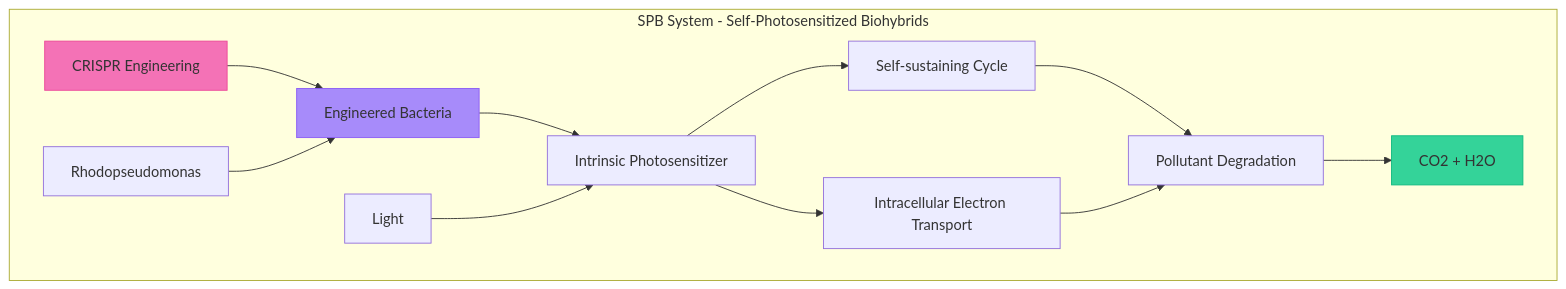
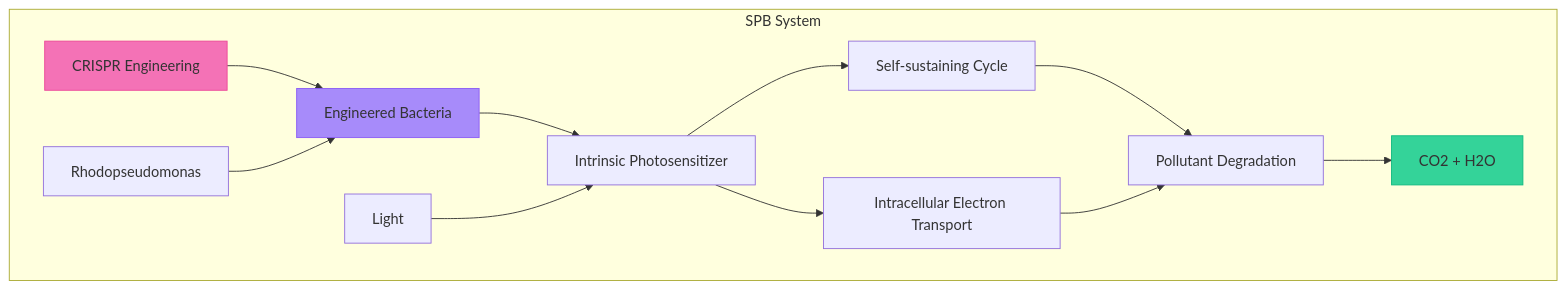
One commit to anshsharmacse/JanrakshakAI changed the ninth of 14 diagrams in README.md. Above: the diagram before and after it, drawn with Mermaid. The commit also changed other lines of this file, not shown here.

````diff
--- a/README.md
+++ b/README.md
@@ -403,20 +393,20 @@
 ```mermaid
 graph TB
-    subgraph SPB["SPB System - Self-Photosensitized Biohybrids"]
+    subgraph SPB["SPB System"]
         A[Engineered Bacteria] --> B[Intrinsic Photosensitizer]
         B --> C[Self-sustaining Cycle]
         C --> D[Pollutant Degradation]
         D --> E[CO2 + H2O]
-        
+
         F[CRISPR Engineering] --> A
         G[Rhodopseudomonas] --> A
-        
+
         H[Light] --> B
         B --> I[Intracellular Electron Transport]
         I --> D
     end
-    
+
     style A fill:#a78bfa,stroke:#8b5cf6
     style E fill:#34d399,stroke:#10b981
     style F fill:#f472b6,stroke:#ec4899
 ```
````
